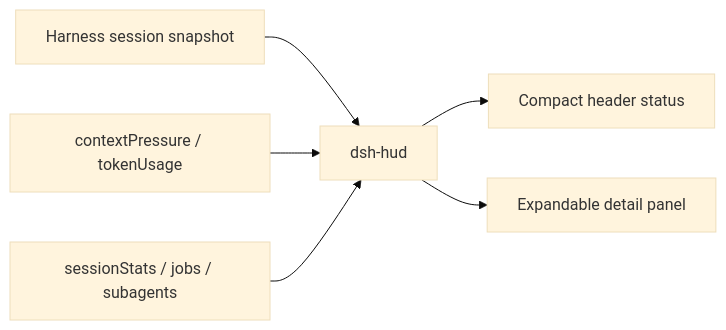
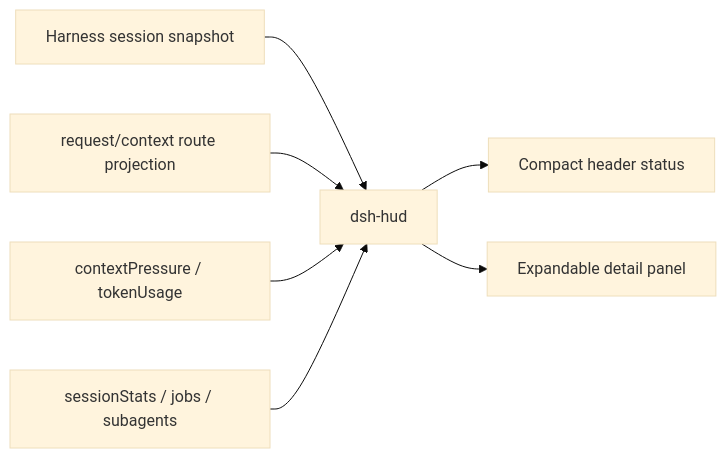
The diagram in README.md (zexuanw958-svg/dsh-hud), drawn with Mermaid (base theme) before and after one commit. The commit also changed other lines of this file and 9 other files, not shown here.

Commit message:
fix: source model route from session projection

````diff
--- a/README.md
+++ b/README.md
@@ -105,8 +105,9 @@
 ```mermaid
 flowchart LR
   A["Harness session snapshot"] --> D["dsh-hud"]
+  R["request/context route projection"] --> D
   B["contextPressure / tokenUsage"] --> D
   C["sessionStats / jobs / subagents"] --> D
   D --> E["Compact header status"]
   D --> F["Expandable detail panel"]
 ```
````
